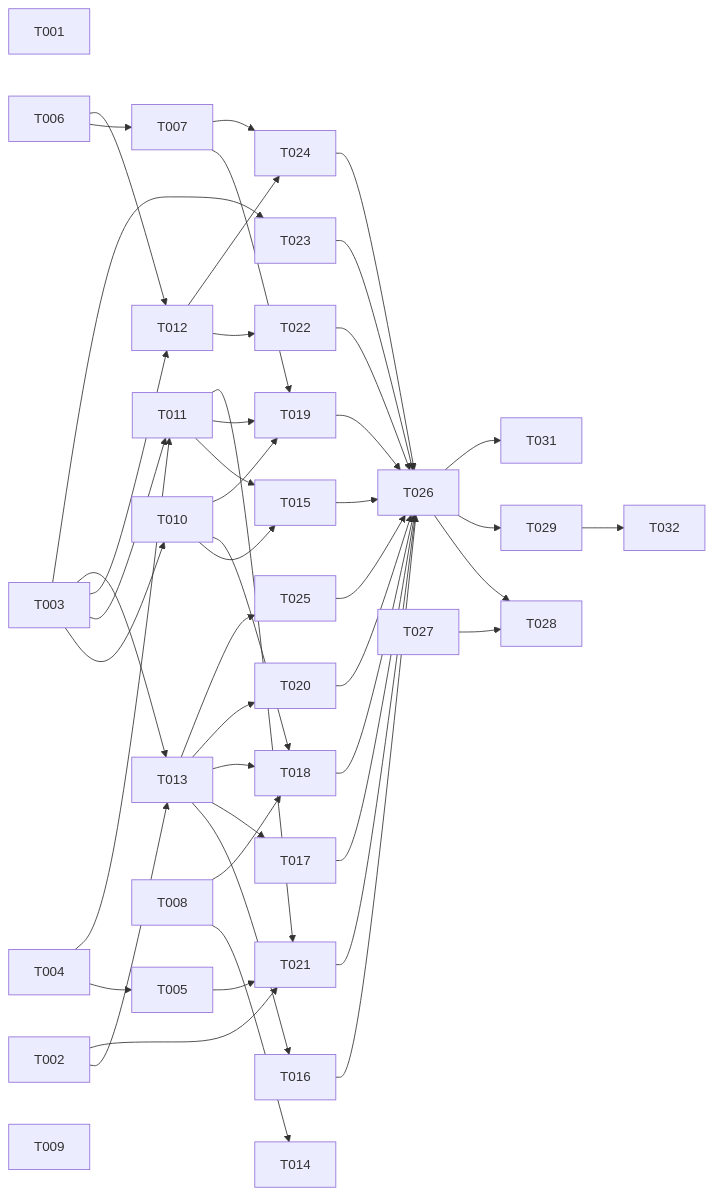
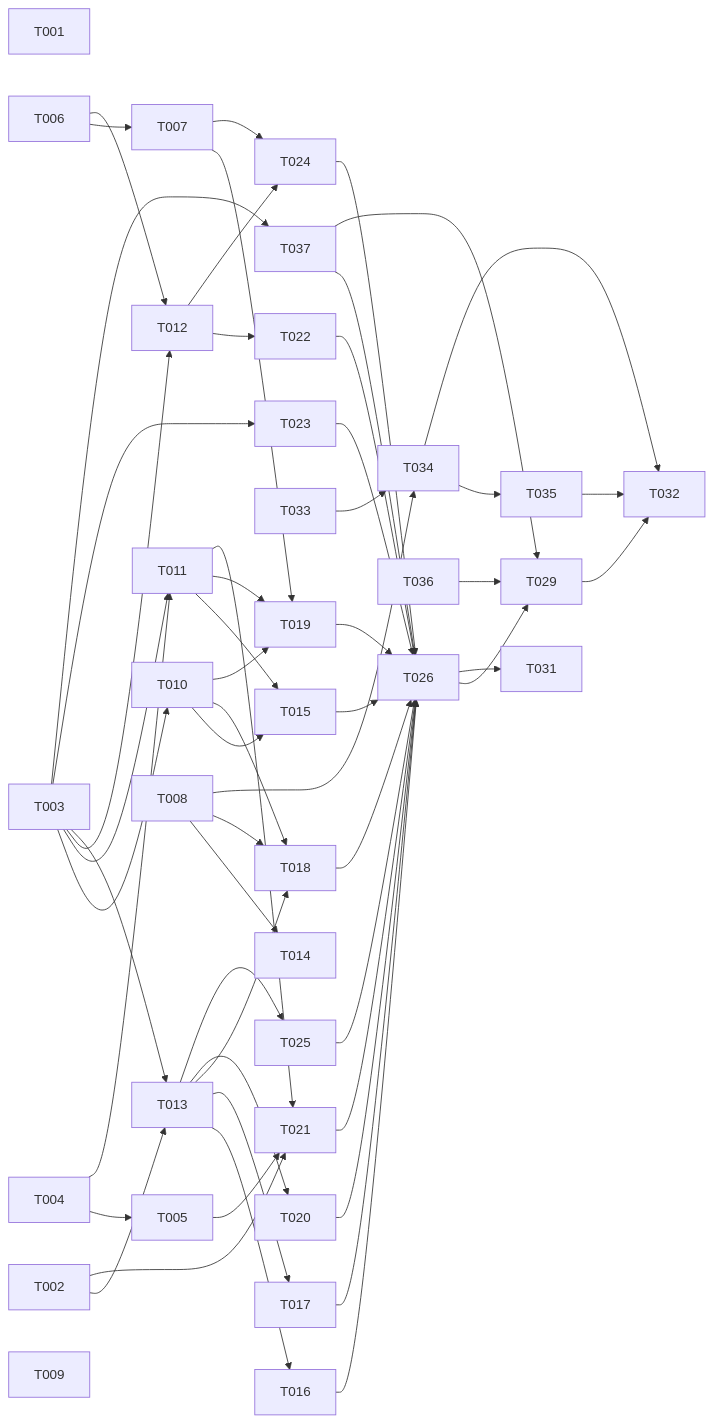
The diagram in specs/017-vscode-extension/tasks.md (tdduydev/xdev-hive), drawn with Mermaid before and after one commit. The commit also changed other lines of this file and 3 other files, not shown here.

````diff
--- a/specs/017-vscode-extension/tasks.md
+++ b/specs/017-vscode-extension/tasks.md
@@ -336,20 +439,23 @@
 ```mermaid
 flowchart LR
   T001
   T002 --> T013 & T021
   T003 --> T010 & T011 & T012 & T013 & T023
   T004 --> T005 & T011
   T006 --> T007 & T012
-  T008 --> T014 & T018
+  T008 --> T014 & T018 & T034
   T009
+  T033 --> T034
   T005 --> T021
   T007 --> T019 & T024
   T010 --> T015 & T018 & T019
   T011 --> T015 & T019 & T021
   T012 --> T022 & T024
   T013 --> T016 & T017 & T018 & T020 & T025
-  T015 & T016 & T017 & T018 & T019 & T020 & T021 & T022 & T023 & T024 & T025 --> T026
-  T026 --> T028 & T029 & T031
-  T027 --> T028
-  T029 --> T032
+  T003 --> T037
+  T015 & T016 & T017 & T018 & T019 & T020 & T021 & T022 & T023 & T024 & T025 & T037 --> T026
+  T026 --> T029 & T031
+  T036 & T037 --> T029
+  T034 --> T035
+  T029 & T034 & T035 --> T032
 ```
````
